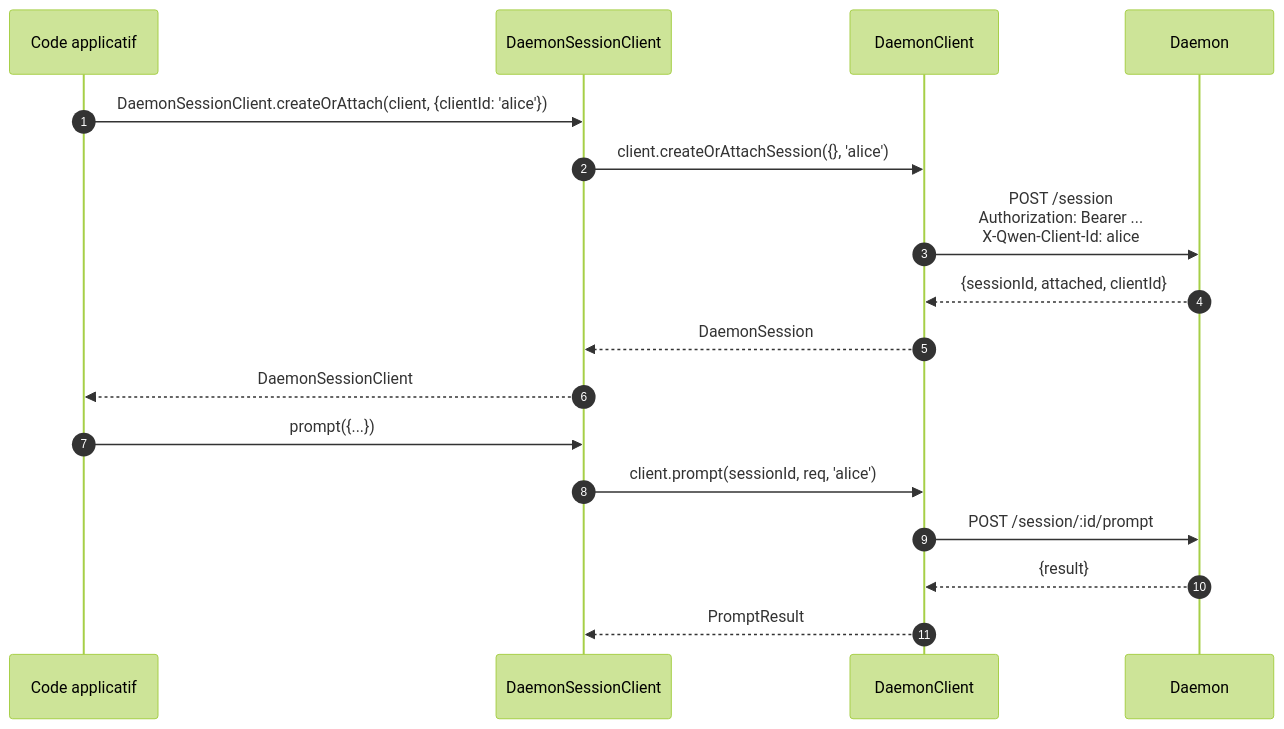
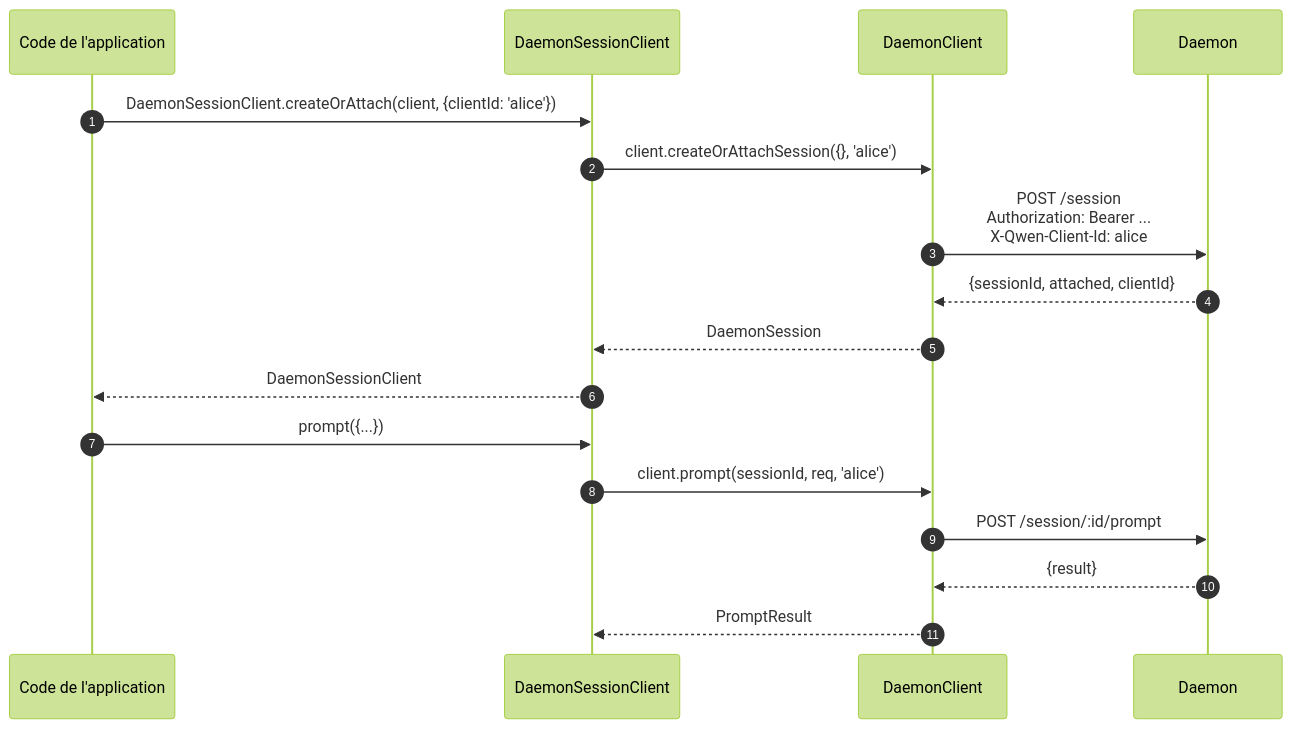
The first of 3 diagrams in website/content/fr/developers/daemon/13-sdk-daemon-client.md (QwenLM/qwen-code-docs), drawn with Mermaid (forest theme) before and after one commit. The commit also changed other lines of this file and 162 other files, not shown here.

````diff
--- a/website/content/fr/developers/daemon/13-sdk-daemon-client.md
+++ b/website/content/fr/developers/daemon/13-sdk-daemon-client.md
@@ -133,21 +133,21 @@
 ```mermaid
 sequenceDiagram
     autonumber
-    participant App as Code applicatif
+    participant App as Code de l'application
     participant SC as DaemonSessionClient
     participant DC as DaemonClient
     participant D as Daemon
 
     App->>SC: DaemonSessionClient.createOrAttach(client, {clientId: 'alice'})
     SC->>DC: client.createOrAttachSession({}, 'alice')
     DC->>D: POST /session<br/>Authorization: Bearer ...<br/>X-Qwen-Client-Id: alice
     D-->>DC: {sessionId, attached, clientId}
     DC-->>SC: DaemonSession
     SC-->>App: DaemonSessionClient
 
     App->>SC: prompt({...})
     SC->>DC: client.prompt(sessionId, req, 'alice')
     DC->>D: POST /session/:id/prompt
     D-->>DC: {result}
     DC-->>SC: PromptResult
 ```
````
